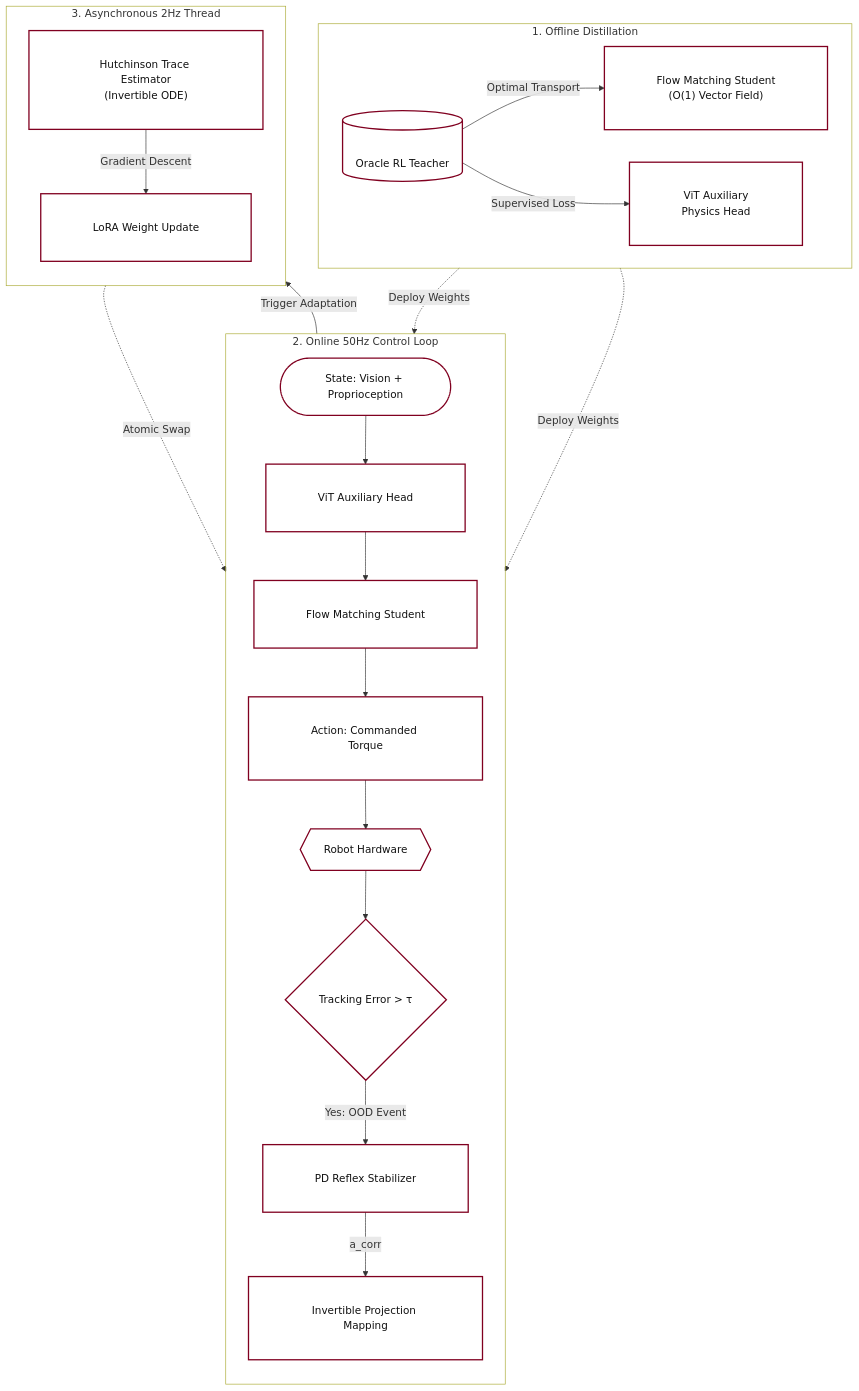
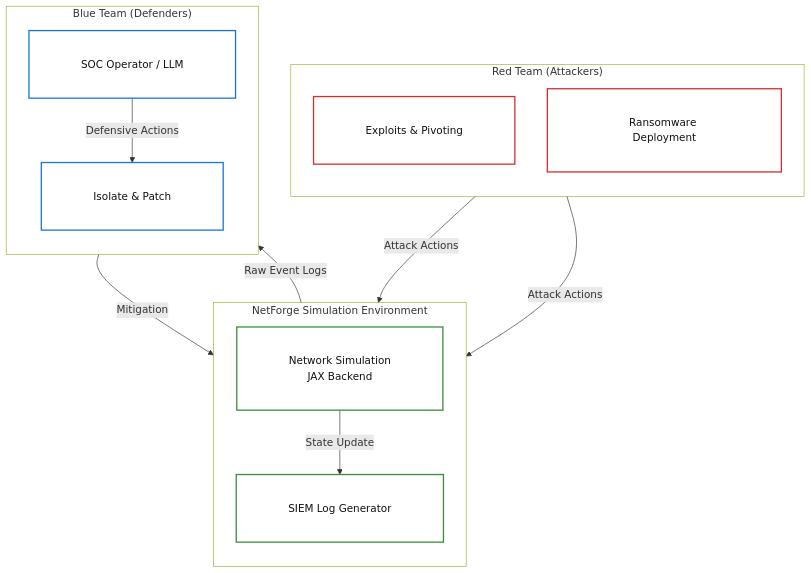
The diagram in js/posts/ref-001/ref-001.md (reforcemind/reforcemind.github.io), drawn with Mermaid before and after one commit. The commit also changed other lines of this file and 73 other files, not shown here.

````diff
--- a/js/posts/ref-001/ref-001.md
+++ b/js/posts/ref-001/ref-001.md
@@ -30,54 +15,38 @@
 ```mermaid
 %%{init: {'themeVariables': { 'background': 'transparent', 'clusterBkg': 'transparent' }, 'flowchart': { 'padding': 40, 'titleTopMargin': 20 }}}%%
 flowchart TB
-    classDef pretrain fill:transparent,stroke:#800020,stroke-width:2px,color:#111
-    classDef deploy fill:transparent,stroke:#800020,stroke-width:2px,color:#111
-    classDef hardware fill:transparent,stroke:#800020,stroke-width:2px,color:#111
-    classDef adapt fill:transparent,stroke:#800020,stroke-width:2px,color:#111
-
-    subgraph Pretraining ["1. Offline Distillation<br><br><br><br>"]
-        direction LR
-        O[("Oracle RL Teacher")] 
-        F1["Flow Matching Student<br/>(O(1) Vector Field)"]
-        V1["ViT Auxiliary<br/>Physics Head"]
-        O -->|Optimal Transport| F1
-        O -->|Supervised Loss| V1
+    classDef red fill:transparent,stroke:#D32F2F,stroke-width:2px,color:#111
+    classDef blue fill:transparent,stroke:#1976D2,stroke-width:2px,color:#111
+    classDef env fill:transparent,stroke:#388E3C,stroke-width:2px,color:#111
+    
+    subgraph NetForge Environment ["NetForge Simulation Environment"]
+        direction TB
+        E[Network Simulation<br/>JAX Backend]
+        S[SIEM Log Generator]
+        
+        E -->|State Update| S
     end
 
-    subgraph Deployment ["2. Online 50Hz Control Loop<br><br><br><br>"]
+    subgraph Red Team ["Red Team (Attackers)"]
         direction TB
-        S(["State: Vision + Proprioception"])
-        V2["ViT Auxiliary Head"]
-        F2["Flow Matching Student"]
-        A["Action: Commanded Torque"]
-        R{{"Robot Hardware"}}
-        E{"Tracking Error > τ"}
-        PD["PD Reflex Stabilizer"]
-        P["Invertible Projection Mapping"]
-
-        S --> V2
-        V2 --> F2
-        F2 --> A
-        A --> R
-        R --> E
-        E -->|Yes: OOD Event| PD
-        PD -->|a_corr| P
+        R1[Exploits & Pivoting]
+        R2[Ransomware Deployment]
     end
 
-    subgraph Adaptation ["3. Asynchronous 2Hz Thread<br><br><br><br>"]
+    subgraph Blue Team ["Blue Team (Defenders)"]
         direction TB
-        I["Hutchinson Trace Estimator<br/>(Invertible ODE)"]
-        L["LoRA Weight Update"]
-        I -->|Gradient Descent| L
+        B1[SOC Operator / LLM]
+        B2[Isolate & Patch]
     end
 
-    F1 -.->|Deploy Weights| F2
-    V1 -.->|Deploy Weights| V2
-    P -->|Trigger Adaptation| I
-    L -.->|Atomic Swap| V2
+    R1 -->|Attack Actions| E
+    R2 -->|Attack Actions| E
+    
+    S -->|Raw Event Logs| B1
+    B1 -->|Defensive Actions| B2
+    B2 -->|Mitigation| E
 
-    class O,F1,V1 pretrain
-    class S,V2,F2,A,P deploy
-    class R,E,PD hardware
-    class I,L adapt
+    class R1,R2 red
+    class B1,B2 blue
+    class E,S env
 ```
````
